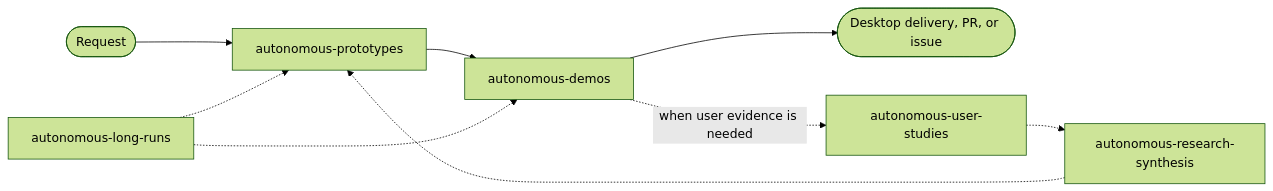
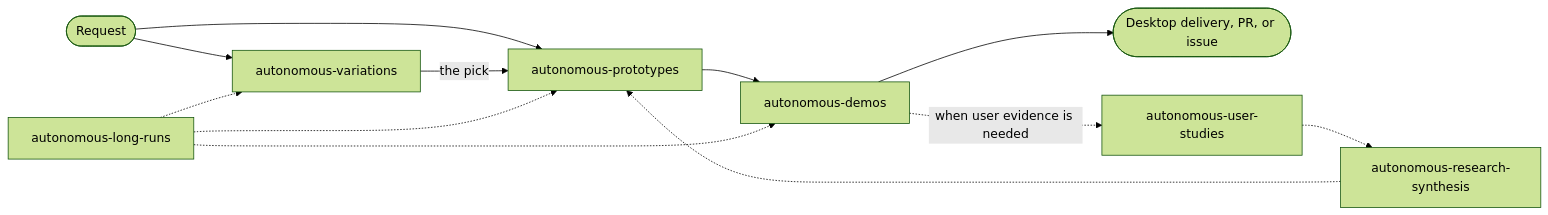
One commit to eli-w-king/autonomous-output-skills changed the diagram in README.md. Above: the diagram before and after it, drawn with Mermaid (forest theme). The commit also changed other lines of this file and 9 other files, not shown here.

````diff
--- a/README.md
+++ b/README.md
@@ -33,11 +35,14 @@
 ```mermaid
 flowchart LR
   Ask([Request]) --> P[autonomous-prototypes]
+  Ask --> V[autonomous-variations]
+  V -- the pick --> P
   P --> D[autonomous-demos]
   D --> Out([Desktop delivery, PR, or issue])
   L[autonomous-long-runs] -.-> P
+  L -.-> V
   L -.-> D
   D -. when user evidence is needed .-> S[autonomous-user-studies]
   S -.-> R[autonomous-research-synthesis]
   R -.-> P
 ```
````
